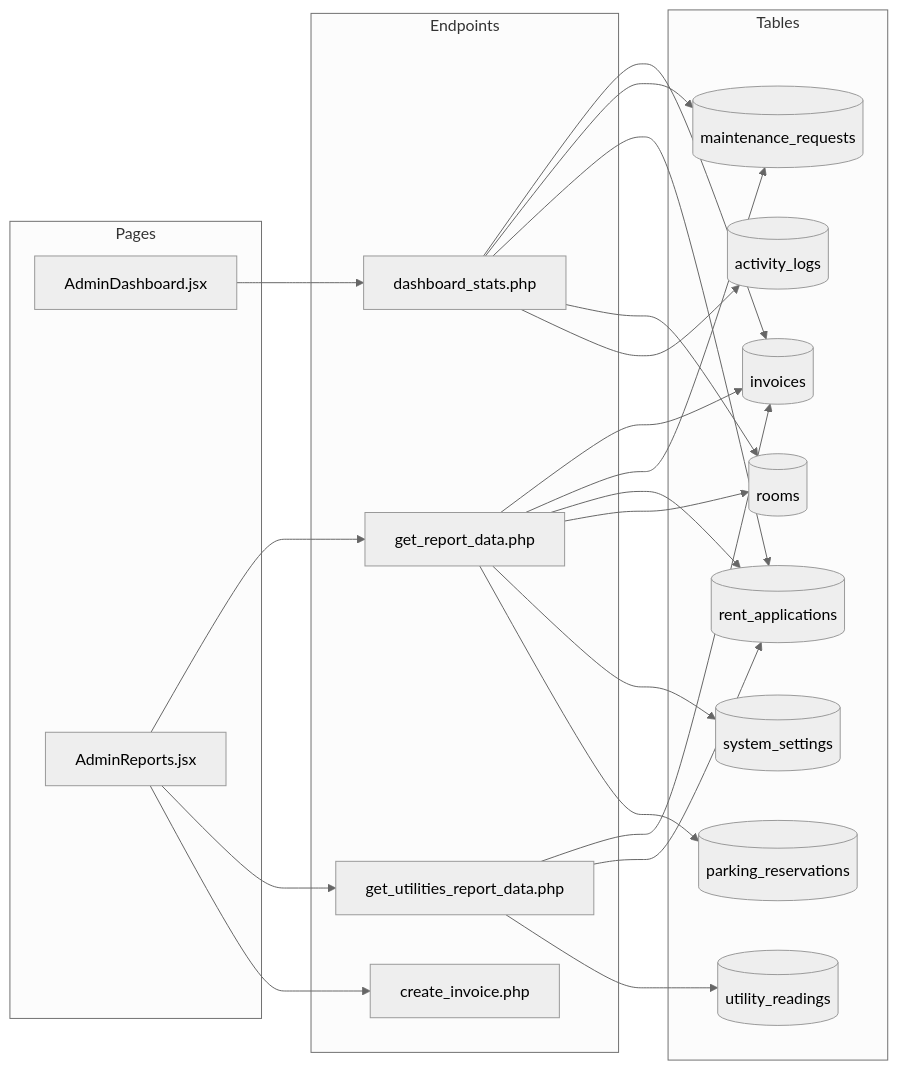
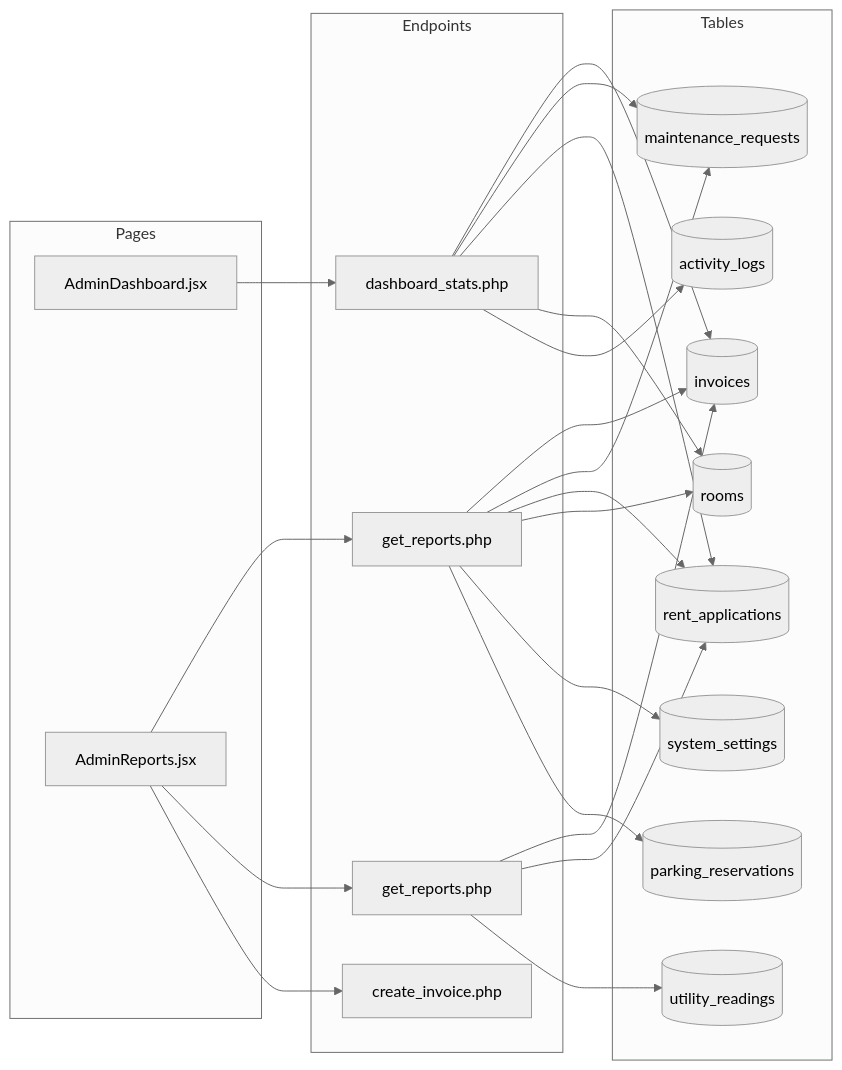
One commit to Keonbe/ApartmentManagementSystem_React changed diagram 15 of 36 in docs/documentation/module_verification_guide.md. Above: the diagram before and after it, drawn with Mermaid (neutral theme). The commit also changed other lines of this file and 20 other files, not shown here.

````diff
--- a/docs/documentation/module_verification_guide.md
+++ b/docs/documentation/module_verification_guide.md
@@ -1520,28 +1519,28 @@
 ```mermaid
 flowchart LR
     subgraph Pages
         AD[AdminDashboard.jsx]
         AR[AdminReports.jsx]
     end
     subgraph Endpoints
         E1[dashboard_stats.php]
-        E2[get_report_data.php]
-        E3[get_utilities_report_data.php]
+        E2[get_reports.php]
+        E3[get_reports.php]
         E4[create_invoice.php]
     end
     subgraph Tables
         T1[(invoices)]
         T2[(maintenance_requests)]
         T3[(rent_applications)]
         T4[(rooms)]
         T5[(system_settings)]
         T6[(utility_readings)]
         T7[(parking_reservations)]
         T8[(activity_logs)]
     end
     AD --> E1
     AR --> E2 & E3 & E4
     E1 --> T1 & T2 & T3 & T4 & T8
     E2 --> T1 & T2 & T3 & T4 & T5 & T7
     E3 --> T1 & T3 & T6
 ```
````
